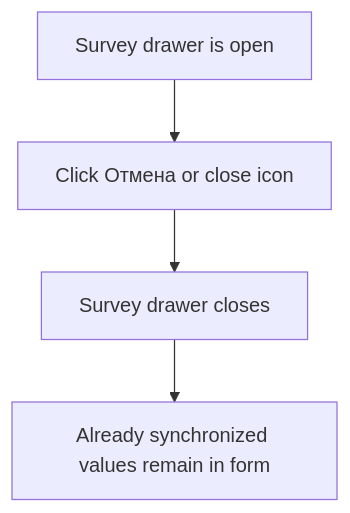
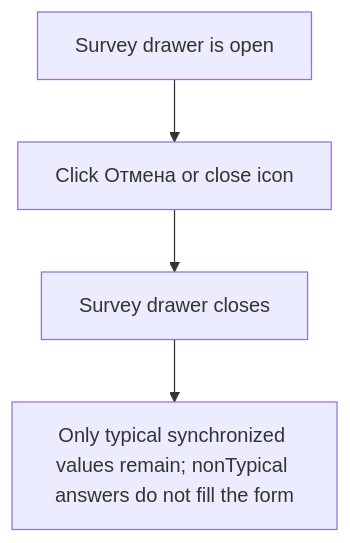
The seventh of 7 diagrams in docs/components/profile-survey/user-flows.md (Anton-Sukhankin/HR-Profiling-Block), drawn with Mermaid before and after one commit. The commit also changed other lines of this file and 12 other files, not shown here.

````diff
--- a/docs/components/profile-survey/user-flows.md
+++ b/docs/components/profile-survey/user-flows.md
@@ -79,6 +85,6 @@
 ```mermaid
 flowchart TD
   A["Survey drawer is open"] --> B["Click Отмена or close icon"]
   B --> C["Survey drawer closes"]
-  C --> D["Already synchronized values remain in form"]
+  C --> D["Only typical synchronized values remain; nonTypical answers do not fill the form"]
 ```
````
